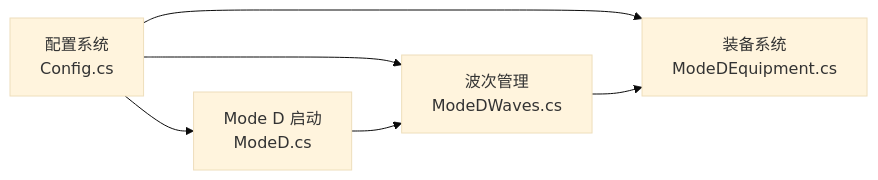
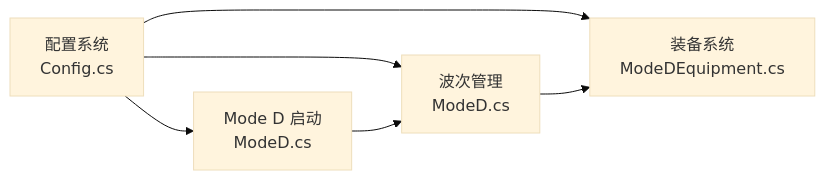
One commit to GASEN1216/BossRushMod changed the fourth of 4 diagrams in .qoder/repowiki/zh/content/配置与部署/配置管理/配置选项详解/模式特定配置.md. Above: the diagram before and after it, drawn with Mermaid (base theme). The commit also changed other lines of this file and 124 other files, not shown here.

````diff
--- a/.qoder/repowiki/zh/content/配置与部署/配置管理/配置选项详解/模式特定配置.md
+++ b/.qoder/repowiki/zh/content/配置与部署/配置管理/配置选项详解/模式特定配置.md
@@ -194,8 +194,8 @@
 ```mermaid
 graph LR
 Config["配置系统<br/>Config.cs"] --> ModeD["Mode D 启动<br/>ModeD.cs"]
-Config --> Waves["波次管理<br/>ModeDWaves.cs"]
+Config --> Waves["波次管理<br/>ModeD.cs"]
 Config --> Equip["装备系统<br/>ModeDEquipment.cs"]
 ModeD --> Waves
 Waves --> Equip
 ```
````
